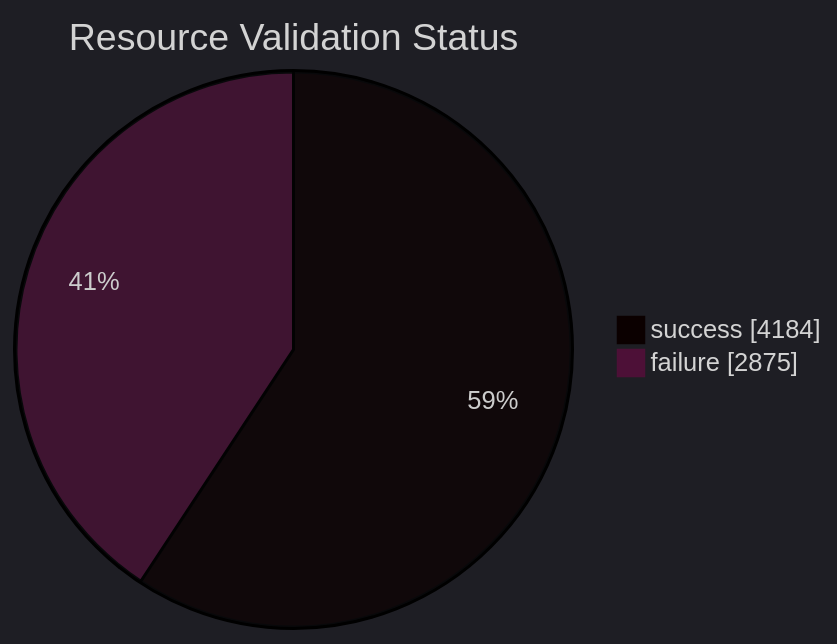
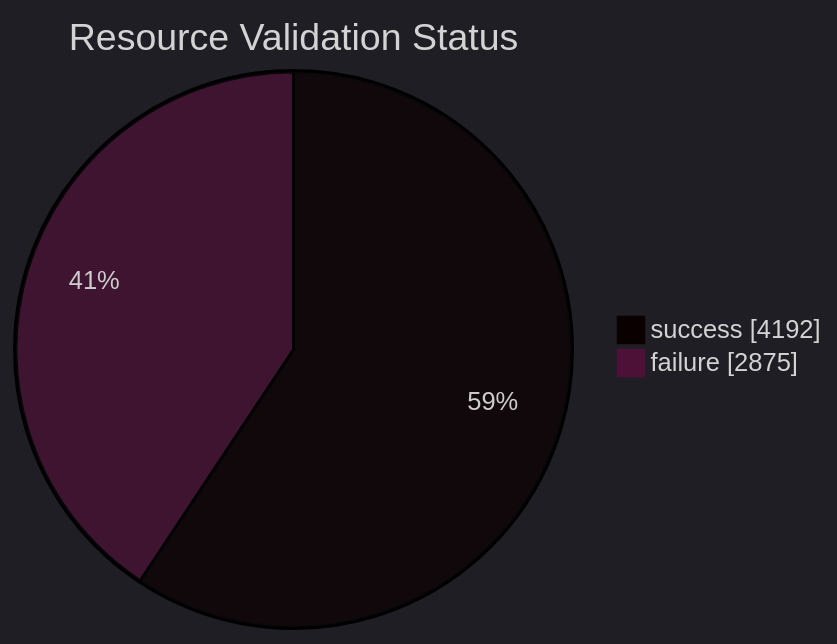
Before and after one commit to open-data/analytics-corporate-reporting: the diagram in datastore_tracker/resource_validation_status_pie_chart.md, drawn with Mermaid. The commit also changed 6 other files, not shown here.

````diff
--- a/datastore_tracker/resource_validation_status_pie_chart.md
+++ b/datastore_tracker/resource_validation_status_pie_chart.md
@@ -2,9 +2,9 @@
 ```mermaid
 ---
 config:
   theme: dark
 ---
 pie showData title Resource Validation Status
-    "success": 4184
+    "success": 4192
     "failure": 2875
 ```
````
